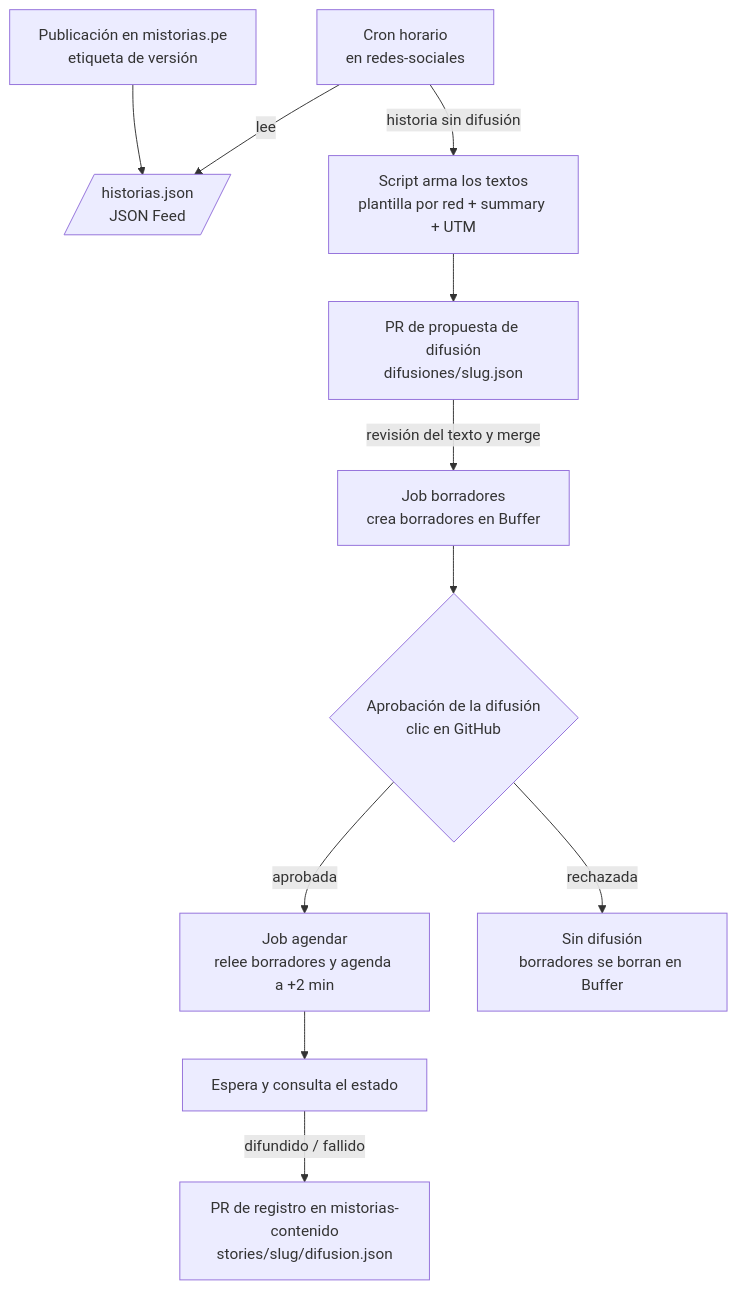
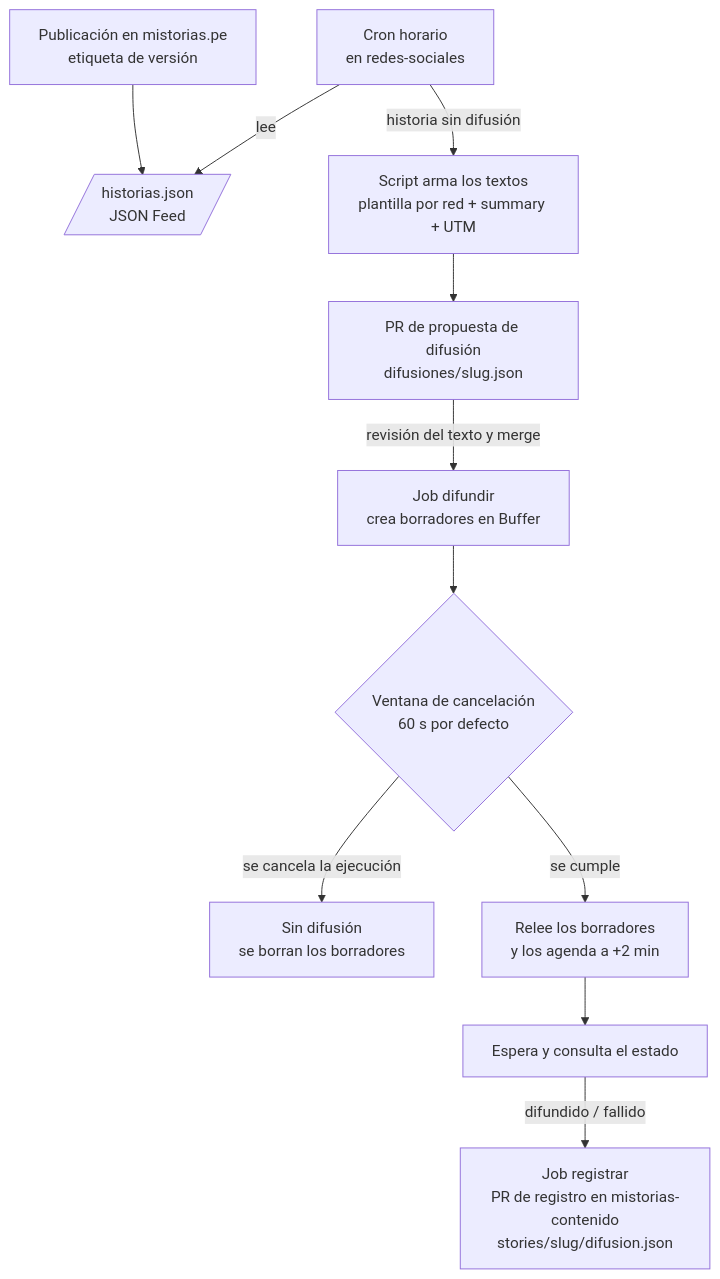
The diagram in README.md (mistorias/mistorias-redes-sociales), drawn with Mermaid before and after one commit. The commit also changed other lines of this file and 1 other file, not shown here.

First line of the commit message:
docs: la difusión se autoaprueba y se puede cancelar durante una ventana configurable

````diff
--- a/README.md
+++ b/README.md
@@ -29,13 +29,13 @@
 ```mermaid
 flowchart TD
   A[Publicación en mistorias.pe<br/>etiqueta de versión] --> B[/historias.json<br/>JSON Feed/]
   C[Cron horario<br/>en redes-sociales] -->|lee| B
   C -->|historia sin difusión| D[Script arma los textos<br/>plantilla por red + summary + UTM]
   D --> E[PR de propuesta de difusión<br/>difusiones/slug.json]
-  E -->|revisión del texto y merge| F[Job borradores<br/>crea borradores en Buffer]
-  F --> G{Aprobación de la difusión<br/>clic en GitHub}
-  G -->|aprobada| H[Job agendar<br/>relee borradores y agenda a +2 min]
-  G -->|rechazada| X[Sin difusión<br/>borradores se borran en Buffer]
+  E -->|revisión del texto y merge| F[Job difundir<br/>crea borradores en Buffer]
+  F --> G{Ventana de cancelación<br/>60 s por defecto}
+  G -->|se cancela la ejecución| X[Sin difusión<br/>se borran los borradores]
+  G -->|se cumple| H[Relee los borradores<br/>y los agenda a +2 min]
   H --> I[Espera y consulta el estado]
-  I -->|difundido / fallido| J[PR de registro en mistorias-contenido<br/>stories/slug/difusion.json]
+  I -->|difundido / fallido| J[Job registrar<br/>PR de registro en mistorias-contenido<br/>stories/slug/difusion.json]
 ```
````
